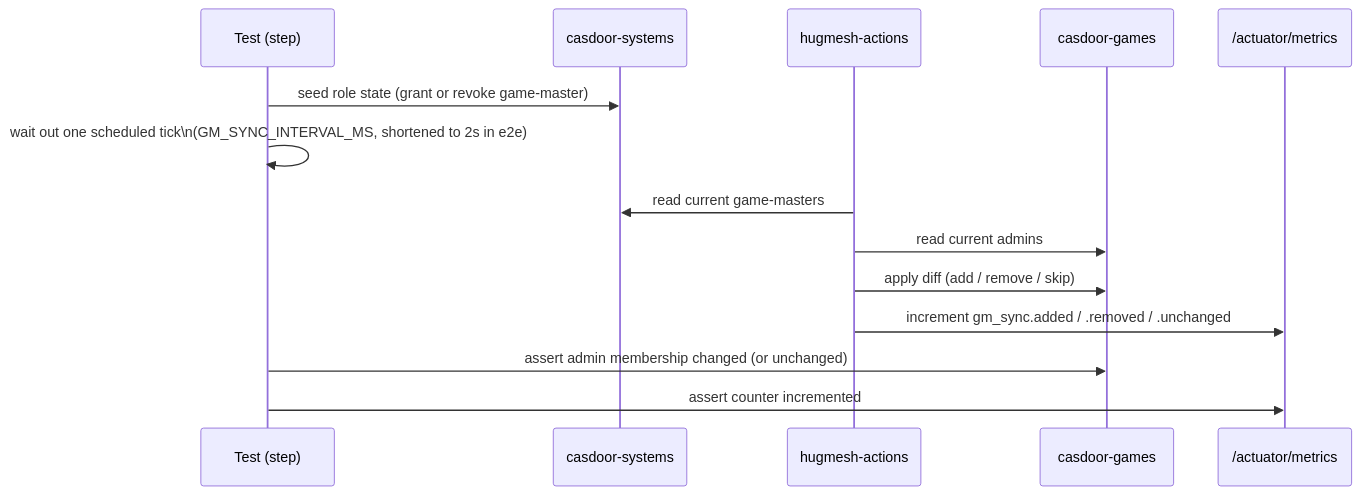
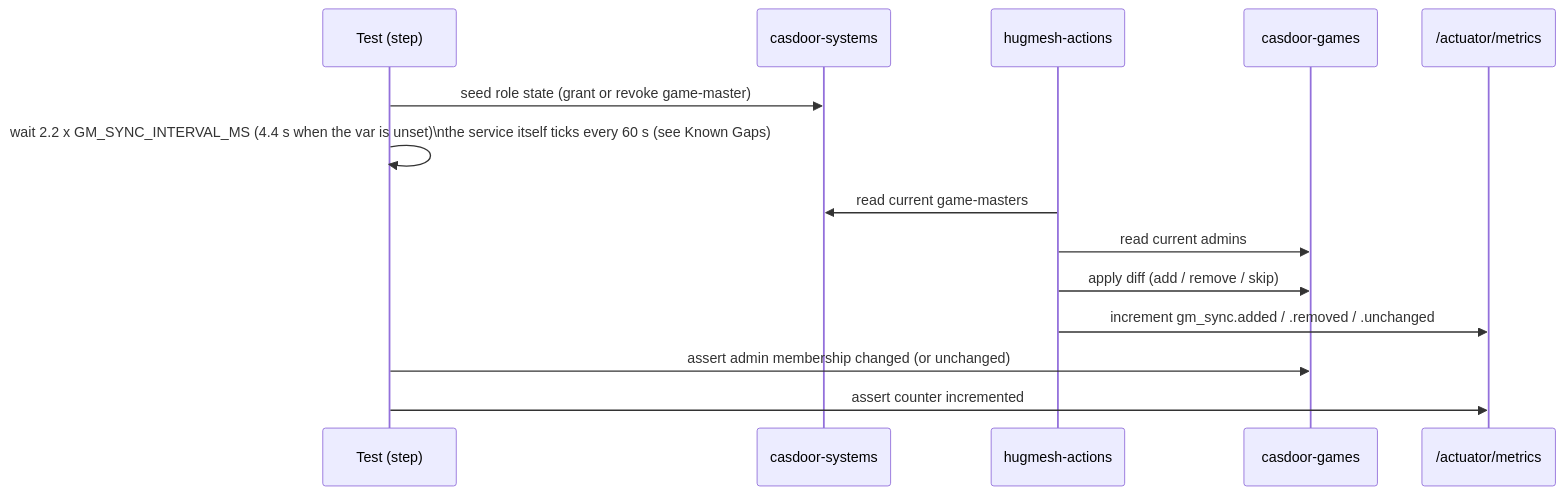
One commit to hugmesh/hugmesh.github.io changed the diagram in content/developer-guide/actions-e2e.md. Above: the diagram before and after it, drawn with Mermaid. The commit also changed other lines of this file and 166 other files, not shown here.

````diff
--- a/content/developer-guide/actions-e2e.md
+++ b/content/developer-guide/actions-e2e.md
@@ -67,17 +80,17 @@
 ```mermaid
 sequenceDiagram
     participant T as Test (step)
     participant S as casdoor-systems
     participant A as hugmesh-actions
     participant G as casdoor-games
     participant P as /actuator/metrics
 
     T->>S: seed role state (grant or revoke game-master)
-    T->>T: wait out one scheduled tick\n(GM_SYNC_INTERVAL_MS, shortened to 2s in e2e)
+    T->>T: wait 2.2 x GM_SYNC_INTERVAL_MS (4.4 s when the var is unset)\nthe service itself ticks every 60 s (see Known Gaps)
     A->>S: read current game-masters
     A->>G: read current admins
     A->>G: apply diff (add / remove / skip)
     A->>P: increment gm_sync.added / .removed / .unchanged
     T->>G: assert admin membership changed (or unchanged)
     T->>P: assert counter incremented
 ```
````
